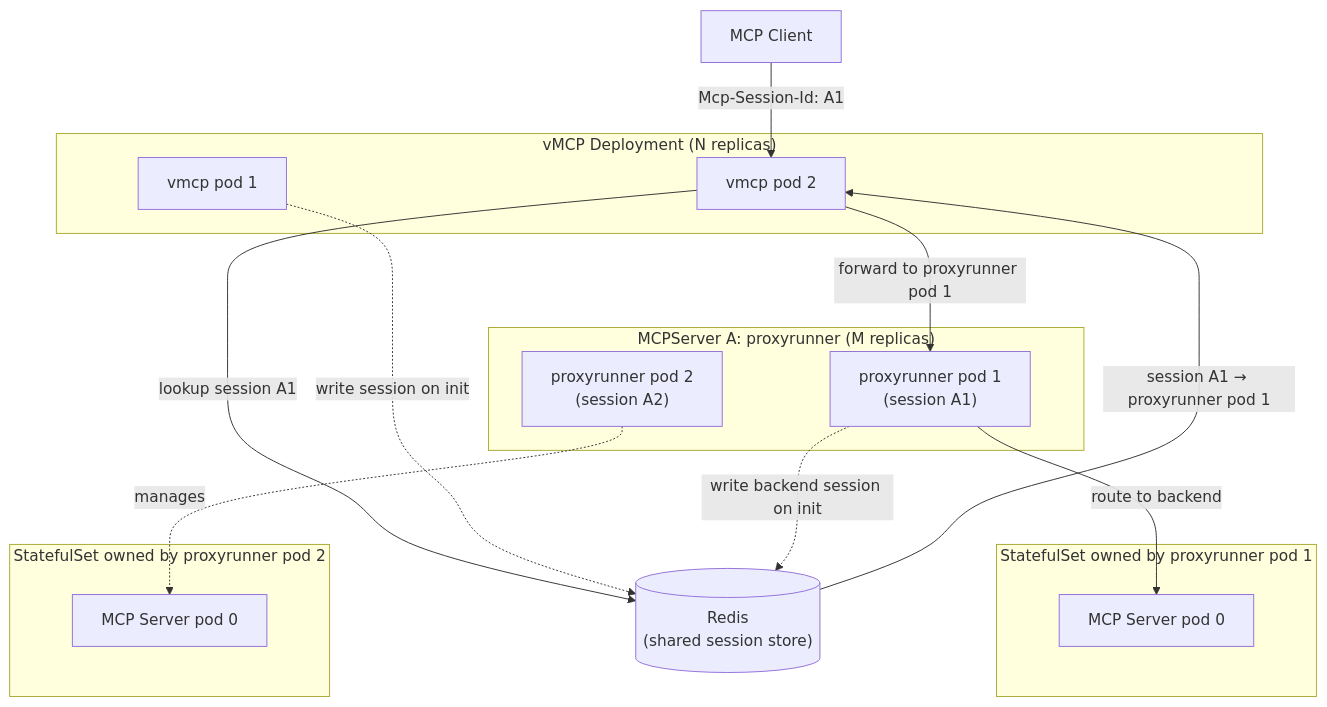
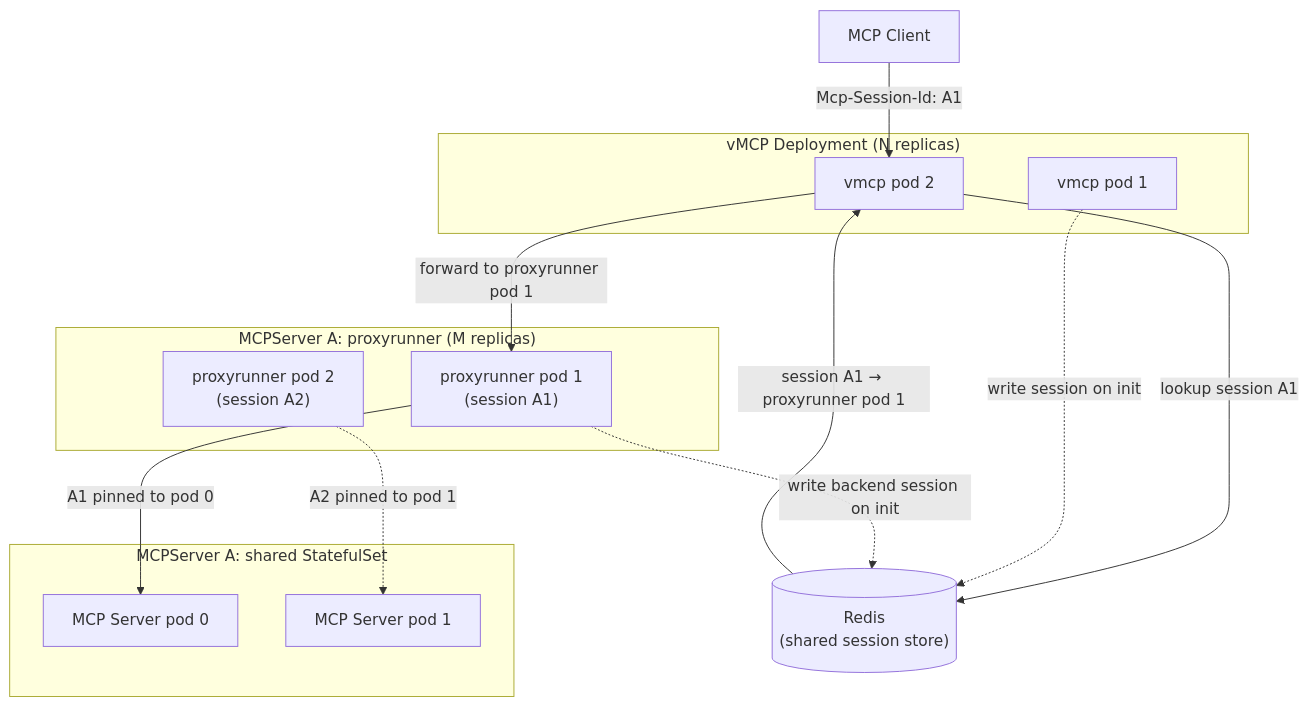
The second of 2 diagrams in rfcs/THV-XXXX-vmcp-proxyrunner-horizontal-scaling.md (stacklok/toolhive-rfcs), drawn with Mermaid before and after one commit. The commit also changed other lines of this file, not shown here.

Commit message:
Correct proxyrunner StatefulSet model based on code review
All replicas of a proxyrunner Deployment share a single StatefulSet —
they converge on the same desired state via Kubernetes server-side
apply (field manager: toolhive-container-manager), with no leader
election. The previous edit assumed a 1:1 replica:StatefulSet ratio,
which is incorrect.

Updated sections:
- §1.1: add explanation of shared StatefulSet and server-side apply
  mechanics; note stdio replica cap vs sse/streamable-http
- §2.2: correct current-state description — replicas share one
  StatefulSet; the problem is missing session-to-pod routing
- §3.2: correct ratio back to N:1 (N replicas, 1 StatefulSet)
- §3.3: update Scaling Summary table accordingly
- §4.1: revert architecture diagram to single shared StatefulSet
  subgraph with multiple pods

````diff
--- a/rfcs/THV-XXXX-vmcp-proxyrunner-horizontal-scaling.md
+++ b/rfcs/THV-XXXX-vmcp-proxyrunner-horizontal-scaling.md
@@ -192,34 +194,31 @@
 ```mermaid
 graph TB
     Client[MCP Client]
 
     subgraph "vMCP Deployment (N replicas)"
         V1["vmcp pod 1"]
         V2["vmcp pod 2"]
     end
 
     Redis[("Redis<br/>(shared session store)")]
 
     subgraph "MCPServer A: proxyrunner (M replicas)"
         PR1["proxyrunner pod 1<br/>(session A1)"]
         PR2["proxyrunner pod 2<br/>(session A2)"]
     end
 
-    subgraph "StatefulSet owned by proxyrunner pod 1"
-        STS1A["MCP Server pod 0"]
-    end
-
-    subgraph "StatefulSet owned by proxyrunner pod 2"
-        STS2A["MCP Server pod 0"]
+    subgraph "MCPServer A: shared StatefulSet"
+        STS1["MCP Server pod 0"]
+        STS2["MCP Server pod 1"]
     end
 
     Client -->|Mcp-Session-Id: A1| V2
     V2 -->|lookup session A1| Redis
     Redis -->|session A1 → proxyrunner pod 1| V2
     V2 -->|forward to proxyrunner pod 1| PR1
-    PR1 -->|route to backend| STS1A
-    PR2 -.->|manages| STS2A
+    PR1 -->|A1 pinned to pod 0| STS1
+    PR2 -.->|A2 pinned to pod 1| STS2
 
     V1 -.->|write session on init| Redis
     PR1 -.->|write backend session on init| Redis
 ```
````
